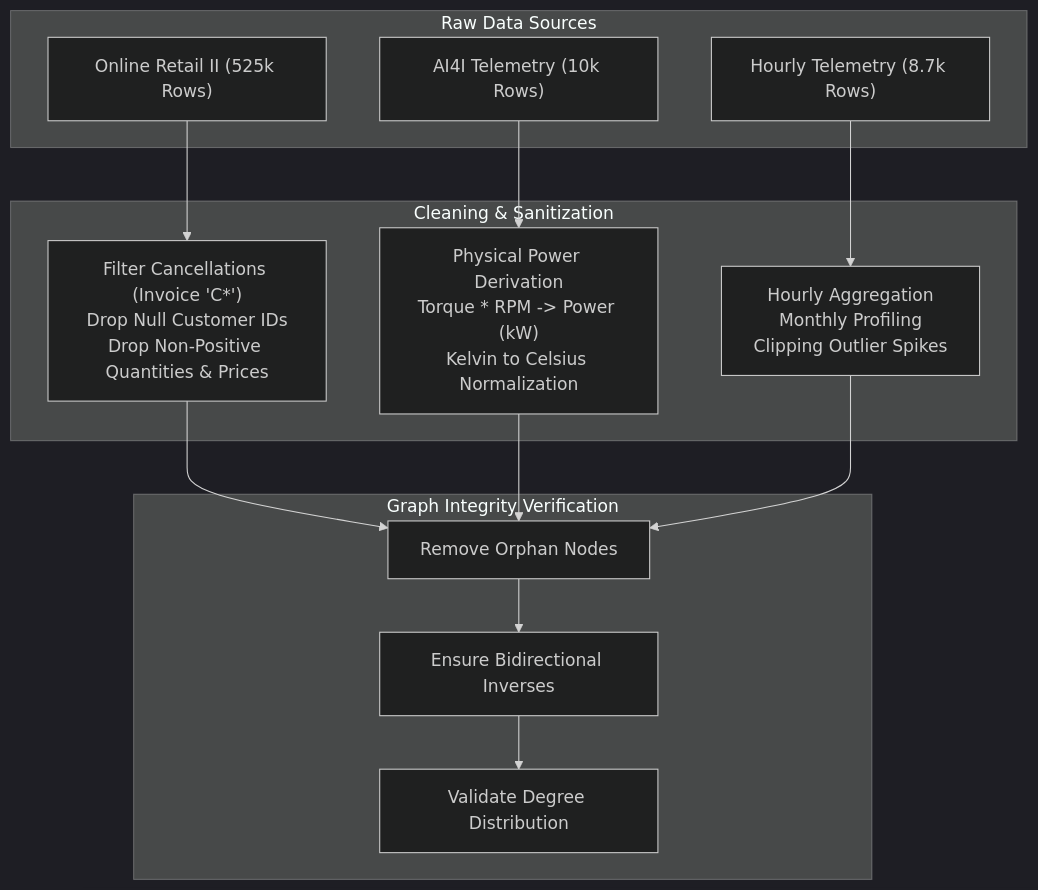
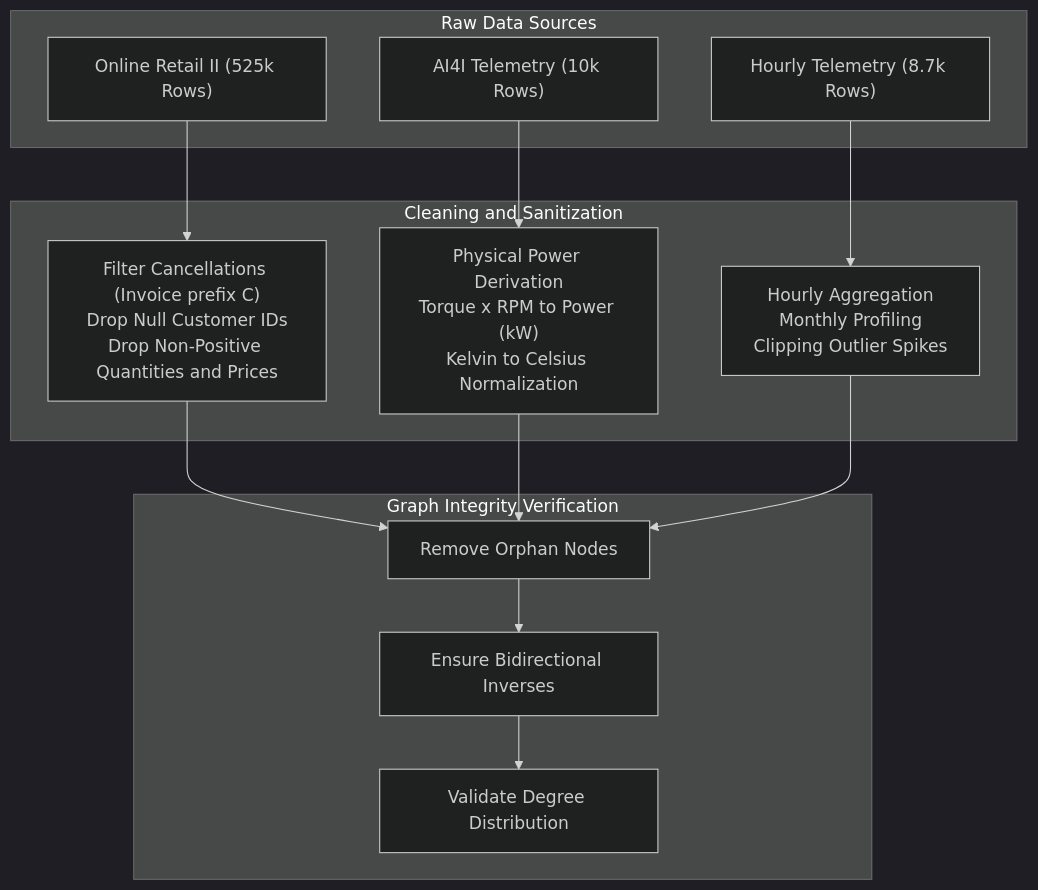
One commit to AnimeshBasak-14/SmartHVAC changed the diagram in docs/ml_lifecycle/03_Data_Cleaning_and_Preprocessing.md. Above: the diagram before and after it, drawn with Mermaid (dark theme). The commit also changed 51 other files, not shown here.

````diff
--- a/docs/ml_lifecycle/03_Data_Cleaning_and_Preprocessing.md
+++ b/docs/ml_lifecycle/03_Data_Cleaning_and_Preprocessing.md
@@ -14,25 +14,25 @@
 ```mermaid
 flowchart TD
-    subgraph Raw_Ingestion [Raw Data Sources]
+    subgraph Raw_Ingestion["Raw Data Sources"]
         R1["Online Retail II (525k Rows)"]
         R2["AI4I Telemetry (10k Rows)"]
         R3["Hourly Telemetry (8.7k Rows)"]
     end
 
-    subgraph Cleaning_Steps [Cleaning & Sanitization]
-        C1["Filter Cancellations (Invoice 'C*')<br>Drop Null Customer IDs<br>Drop Non-Positive Quantities & Prices"]
-        C2["Physical Power Derivation<br>Torque * RPM -> Power (kW)<br>Kelvin to Celsius Normalization"]
+    subgraph Cleaning_Steps["Cleaning and Sanitization"]
+        C1["Filter Cancellations (Invoice prefix C)<br>Drop Null Customer IDs<br>Drop Non-Positive Quantities and Prices"]
+        C2["Physical Power Derivation<br>Torque x RPM to Power (kW)<br>Kelvin to Celsius Normalization"]
         C3["Hourly Aggregation<br>Monthly Profiling<br>Clipping Outlier Spikes"]
     end
 
-    subgraph Graph_Validation [Graph Integrity Verification]
+    subgraph Graph_Validation["Graph Integrity Verification"]
         G1["Remove Orphan Nodes"]
         G2["Ensure Bidirectional Inverses"]
         G3["Validate Degree Distribution"]
     end
 
     R1 --> C1 --> G1
     R2 --> C2 --> G1
     R3 --> C3 --> G1
     G1 --> G2 --> G3
 ```
````
